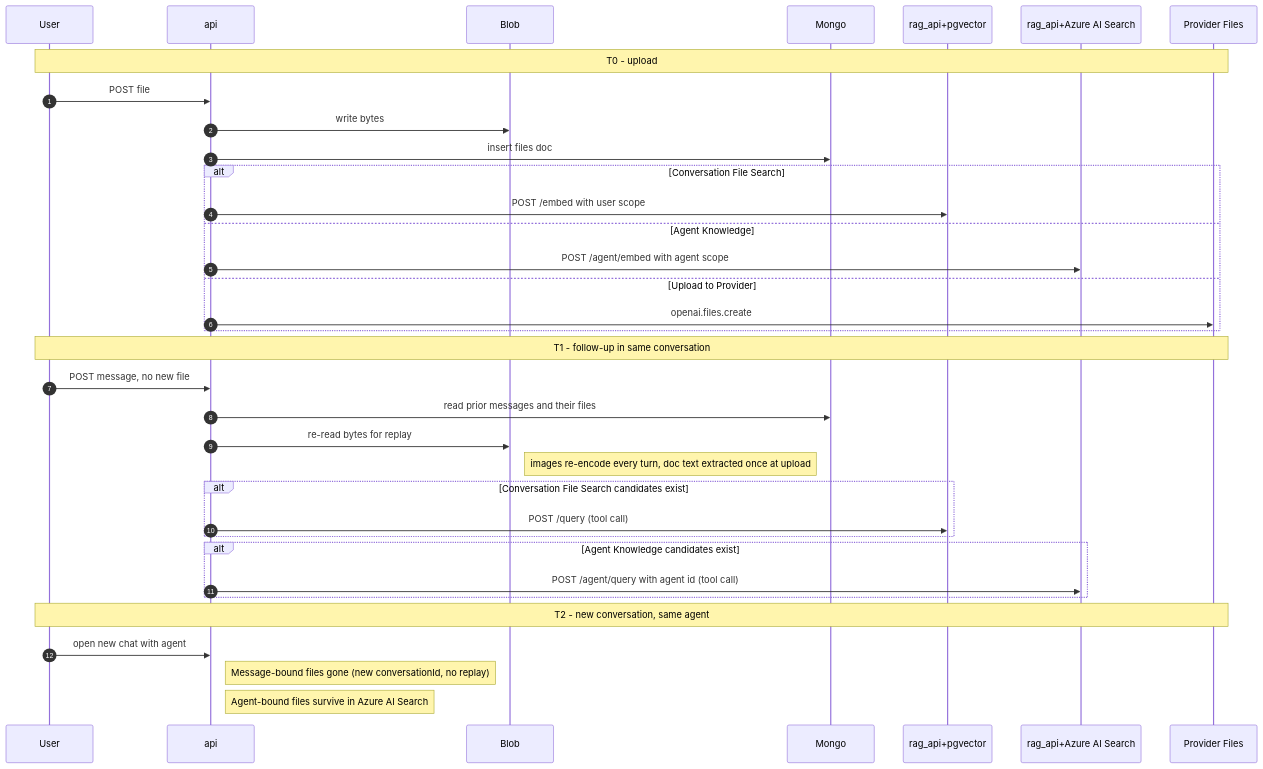
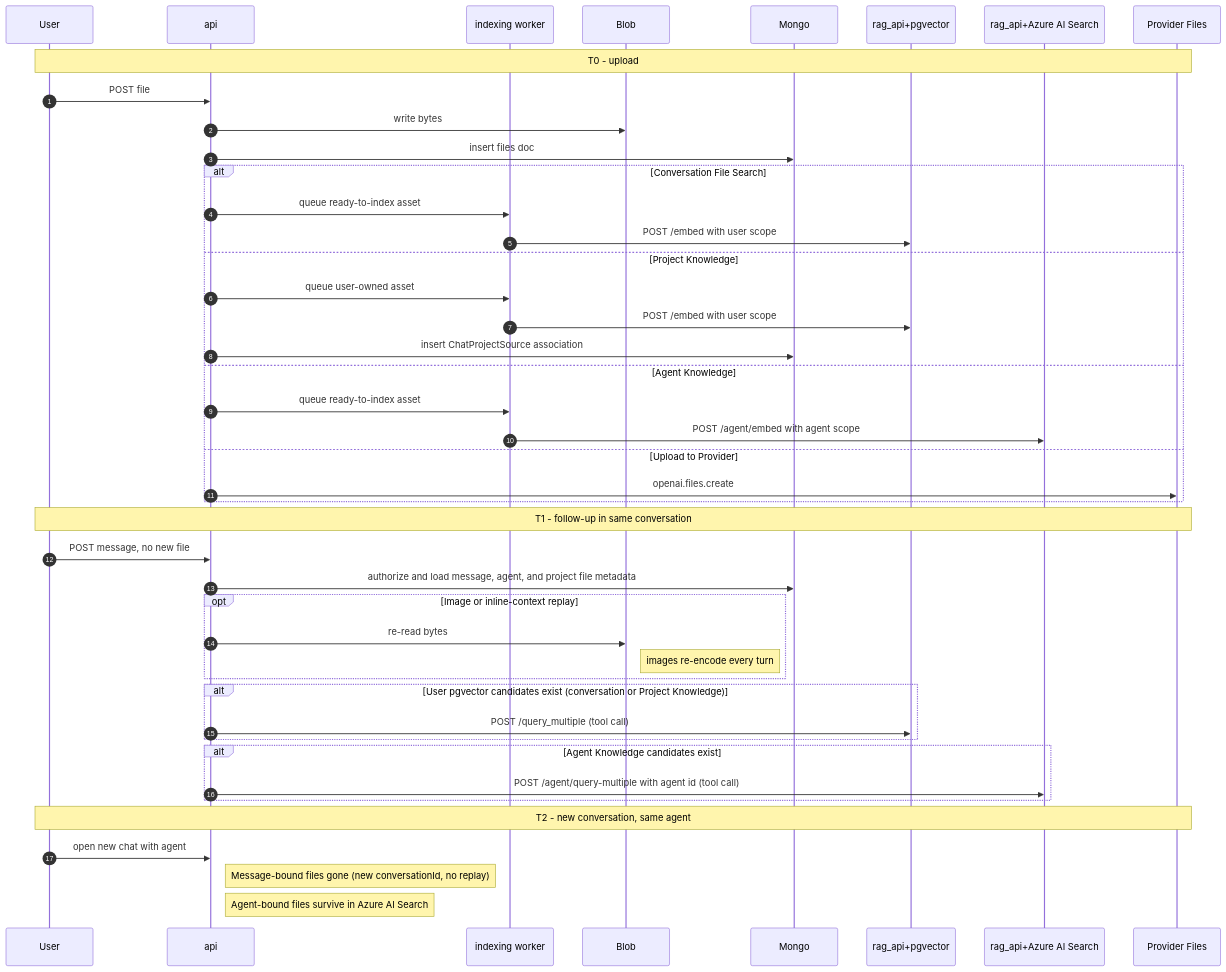
One commit to Falenos/LibreChat changed the third of 3 diagrams in knauf/docs/architecture/files/overview.md. Above: the diagram before and after it, drawn with Mermaid. The commit also changed other lines of this file and 8 other files, not shown here.

````diff
--- a/knauf/docs/architecture/files/overview.md
+++ b/knauf/docs/architecture/files/overview.md
@@ -190,40 +210,49 @@
 ```mermaid
 sequenceDiagram
     autonumber
     participant U as User
     participant API as api
+    participant Worker as indexing worker
     participant Blob as Blob
     participant Mongo as Mongo
     participant PG as rag_api+pgvector
     participant AIS as rag_api+Azure AI Search
     participant Prov as Provider Files
 
     Note over U,Prov: T0 - upload
     U->>API: POST file
     API->>Blob: write bytes
     API->>Mongo: insert files doc
     alt Conversation File Search
-        API->>PG: POST /embed with user scope
+        API->>Worker: queue ready-to-index asset
+        Worker->>PG: POST /embed with user scope
+    else Project Knowledge
+        API->>Worker: queue user-owned asset
+        Worker->>PG: POST /embed with user scope
+        API->>Mongo: insert ChatProjectSource association
     else Agent Knowledge
-        API->>AIS: POST /agent/embed with agent scope
+        API->>Worker: queue ready-to-index asset
+        Worker->>AIS: POST /agent/embed with agent scope
     else Upload to Provider
         API->>Prov: openai.files.create
     end
 
     Note over U,Prov: T1 - follow-up in same conversation
     U->>API: POST message, no new file
-    API->>Mongo: read prior messages and their files
-    API->>Blob: re-read bytes for replay
-    Note right of Blob: images re-encode every turn, doc text extracted once at upload
-    alt Conversation File Search candidates exist
-        API->>PG: POST /query (tool call)
+    API->>Mongo: authorize and load message, agent, and project file metadata
+    opt Image or inline-context replay
+        API->>Blob: re-read bytes
+        Note right of Blob: images re-encode every turn
+    end
+    alt User pgvector candidates exist (conversation or Project Knowledge)
+        API->>PG: POST /query_multiple (tool call)
     end
     alt Agent Knowledge candidates exist
-        API->>AIS: POST /agent/query with agent id (tool call)
+        API->>AIS: POST /agent/query-multiple with agent id (tool call)
     end
 
     Note over U,Prov: T2 - new conversation, same agent
     U->>API: open new chat with agent
     Note right of API: Message-bound files gone (new conversationId, no replay)
     Note right of API: Agent-bound files survive in Azure AI Search
 ```
````
